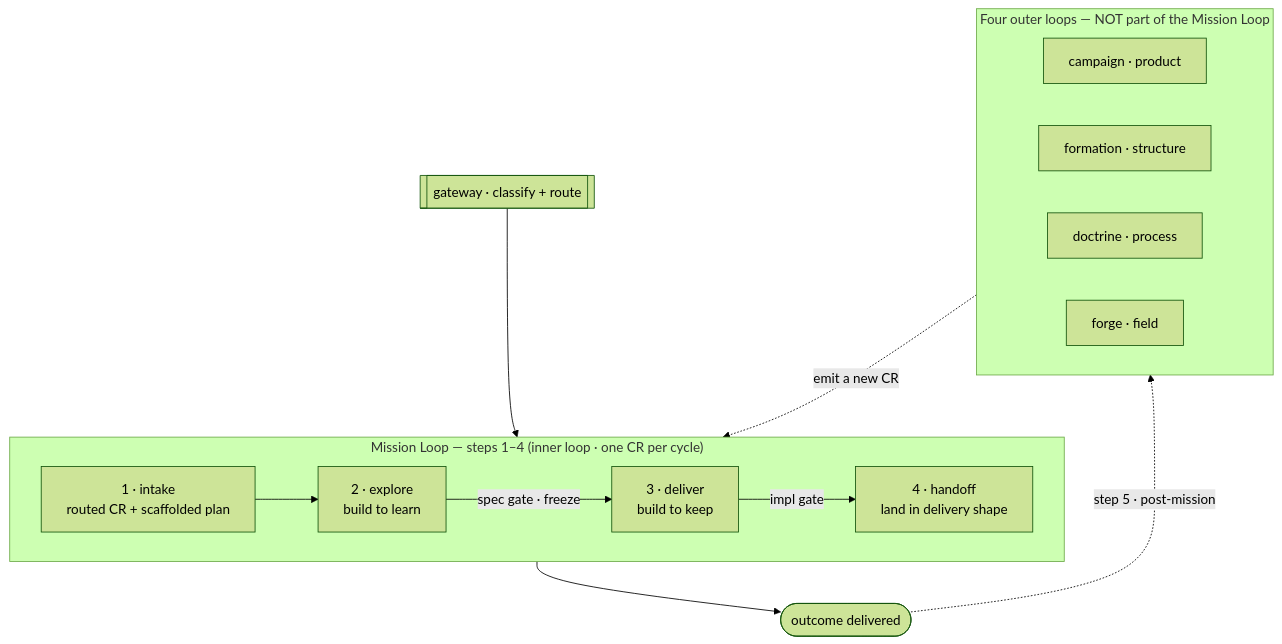
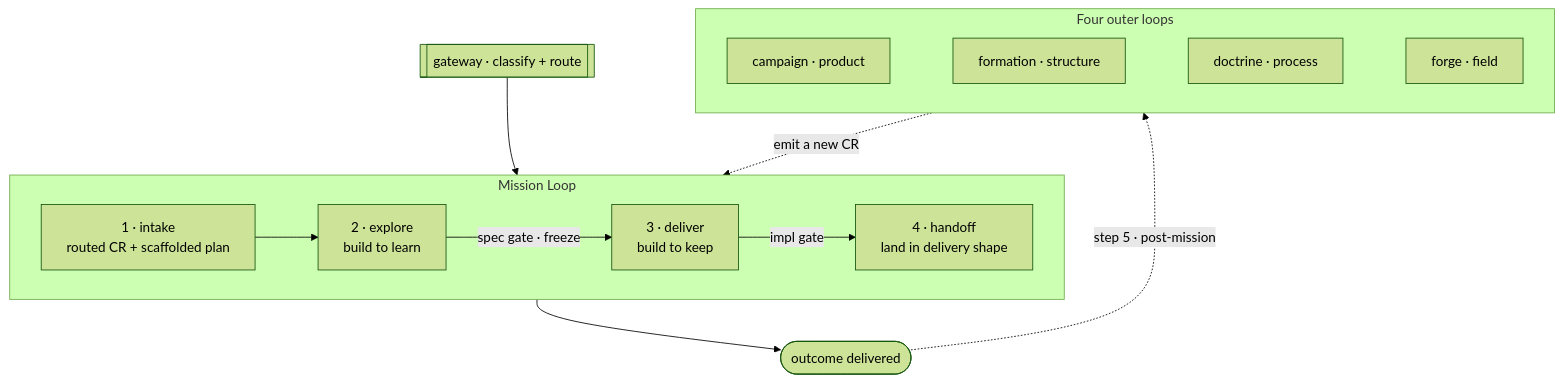
Before and after one commit to cyberuni/cyber-sdd: the diagram in .agents/specs/sdd/design/loops.md, drawn with Mermaid (forest theme). The commit also changed other lines of this file and 1 other file, not shown here.

First line of the commit message:
docs(sdd): delegate per-phase detail to capability homes and cross-link the spec map

````diff
--- a/.agents/specs/sdd/design/loops.md
+++ b/.agents/specs/sdd/design/loops.md
@@ -7,24 +7,21 @@
 ```mermaid
 flowchart TD
     GW[["gateway · classify + route"]] --> I
 
-    subgraph ML["Mission Loop — steps 1–4 (inner loop · one CR per cycle)"]
+    subgraph ML["Mission Loop"]
         direction LR
         I["1 · intake<br/>routed CR + scaffolded plan"] --> E["2 · explore<br/>build to learn"]
         E -->|"spec gate · freeze"| D["3 · deliver<br/>build to keep"]
         D -->|"impl gate"| H["4 · handoff<br/>land in delivery shape"]
     end
 
     H --> DONE([outcome delivered])
     DONE -.->|"step 5 · post-mission"| OUTER
 
-    subgraph OUTER["Four outer loops — NOT part of the Mission Loop"]
+    subgraph OUTER["Four outer loops"]
         direction LR
-        CAM[campaign · product]
-        FORM[formation · structure]
-        DOC[doctrine · process]
-        FRG[forge · field]
+        CAM[campaign · product] ~~~ FORM[formation · structure] ~~~ DOC[doctrine · process] ~~~ FRG[forge · field]
     end
 
     OUTER -.->|"emit a new CR"| I
 ```
````
